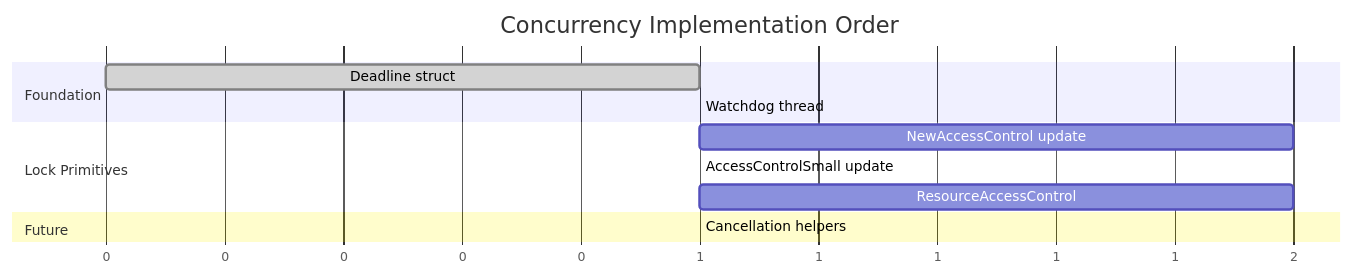
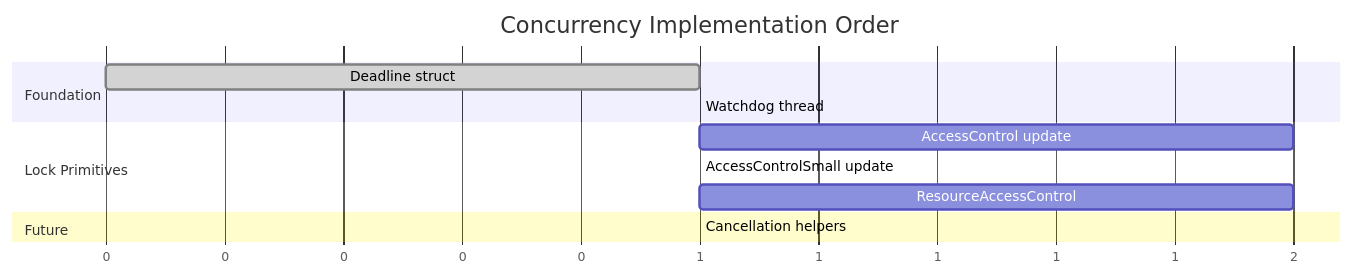
Before and after one commit to nockawa/Typhon: the diagram in claude/overview/01-concurrency.md, drawn with Mermaid. The commit also changed other lines of this file and 39 other files, not shown here.

````diff
--- a/claude/overview/01-concurrency.md
+++ b/claude/overview/01-concurrency.md
@@ -509,18 +501,18 @@
 ```mermaid
 gantt
     title Concurrency Implementation Order
     dateFormat X
     axisFormat %s
 
     section Foundation
     Deadline struct           :done, d1, 0, 1
     Watchdog thread          :d2, after d1, 1
 
     section Lock Primitives
-    NewAccessControl update  :d3, after d2, 2
+    AccessControl update  :d3, after d2, 2
     AccessControlSmall update :d4, after d2, 1
     ResourceAccessControl    :d5, after d2, 2
 
     section Future
     Cancellation helpers     :d6, after d5, 1
 ```
````
